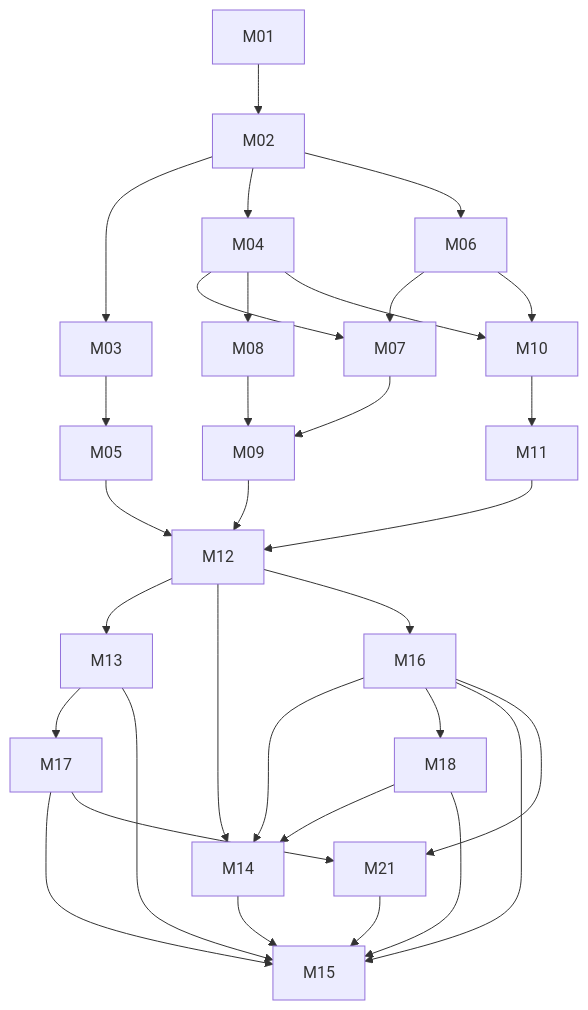
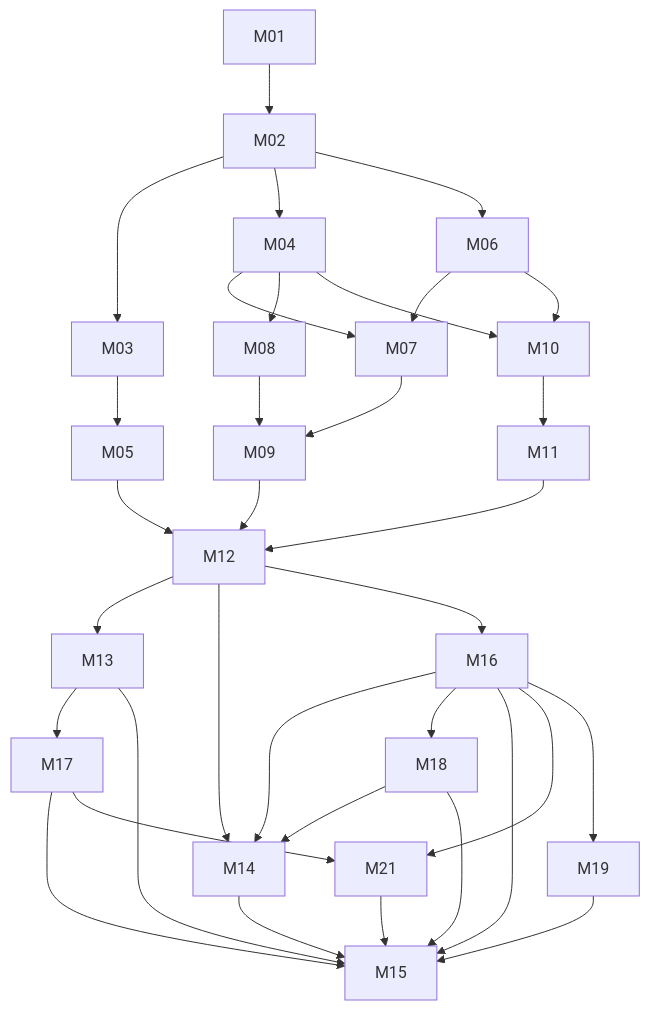
One commit to KomplexMojo/NordicAim changed the diagram in docs/milestones/README.md. Above: the diagram before and after it, drawn with Mermaid. The commit also changed other lines of this file and 5 other files, not shown here.

````diff
--- a/docs/milestones/README.md
+++ b/docs/milestones/README.md
@@ -35,33 +36,35 @@
 ```mermaid
 flowchart TD
   M01 --> M02
   M02 --> M03 --> M05
   M02 --> M04
   M02 --> M06
   M04 --> M07
   M06 --> M07
   M04 --> M08
   M07 --> M09
   M08 --> M09
   M04 --> M10
   M06 --> M10
   M10 --> M11
   M05 --> M12
   M09 --> M12
   M11 --> M12
   M12 --> M13
   M12 --> M14
   M12 --> M16
   M13 --> M17
   M16 --> M14
   M16 --> M18
   M18 --> M14
   M18 --> M15
   M13 --> M15
   M14 --> M15
   M16 --> M15
   M17 --> M15
   M16 --> M21
   M17 --> M21
   M21 --> M15
+  M16 --> M19
+  M19 --> M15
 ```
````
